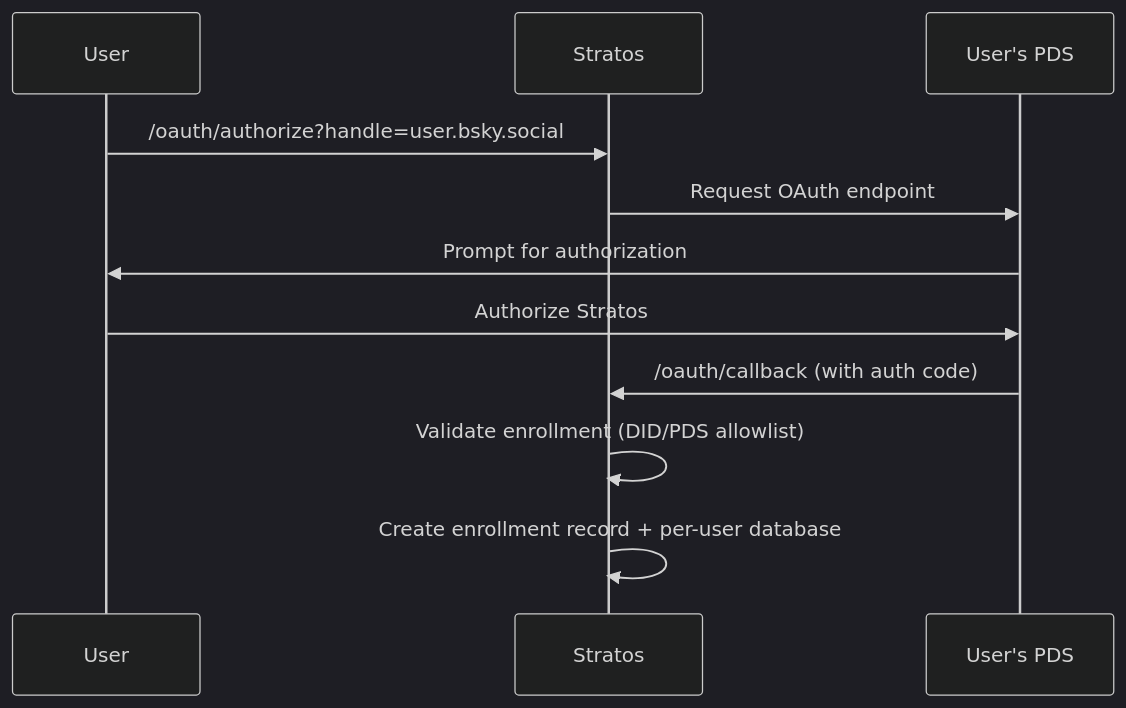
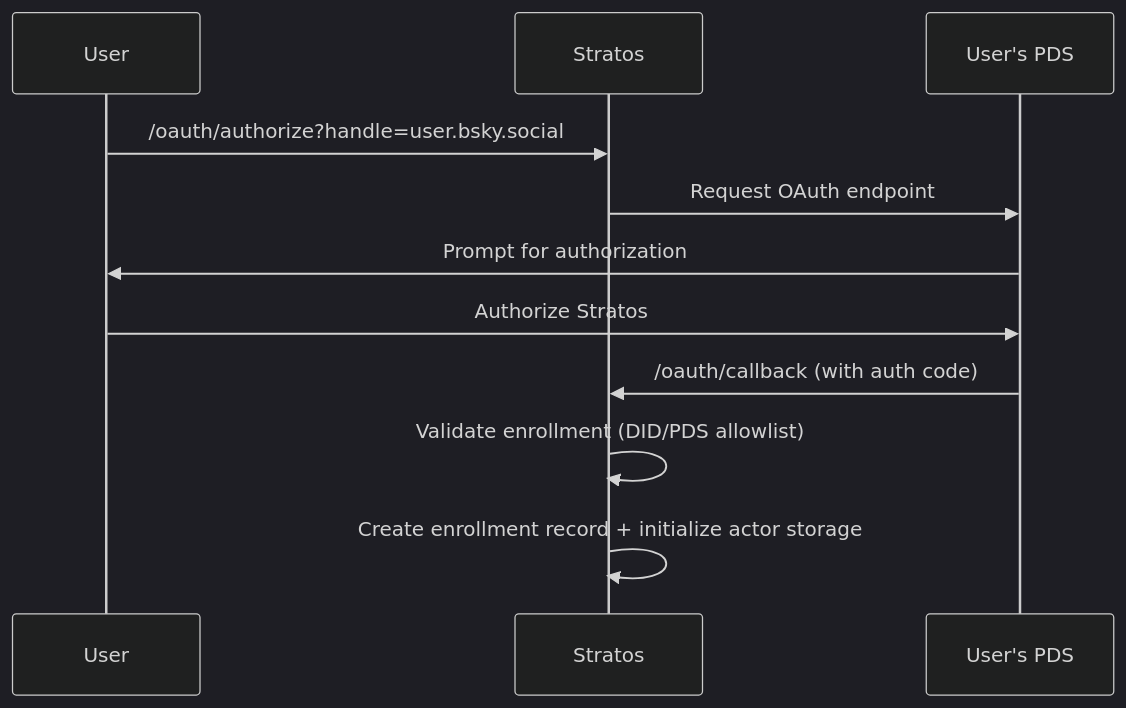
The second of 5 diagrams in docs/operator-guide.md (NorthskySocial/stratos), drawn with Mermaid (dark theme) before and after one commit. The commit also changed other lines of this file and 4 other files, not shown here.

````diff
--- a/docs/operator-guide.md
+++ b/docs/operator-guide.md
@@ -82,14 +82,14 @@
 ```mermaid
 sequenceDiagram
     participant U as User
     participant S as Stratos
     participant P as User's PDS
 
     U->>S: /oauth/authorize?handle=user.bsky.social
     S->>P: Request OAuth endpoint
     P->>U: Prompt for authorization
     U->>P: Authorize Stratos
     P->>S: /oauth/callback (with auth code)
     S->>S: Validate enrollment (DID/PDS allowlist)
-    S->>S: Create enrollment record + per-user database
+    S->>S: Create enrollment record + initialize actor storage
 ```
````
